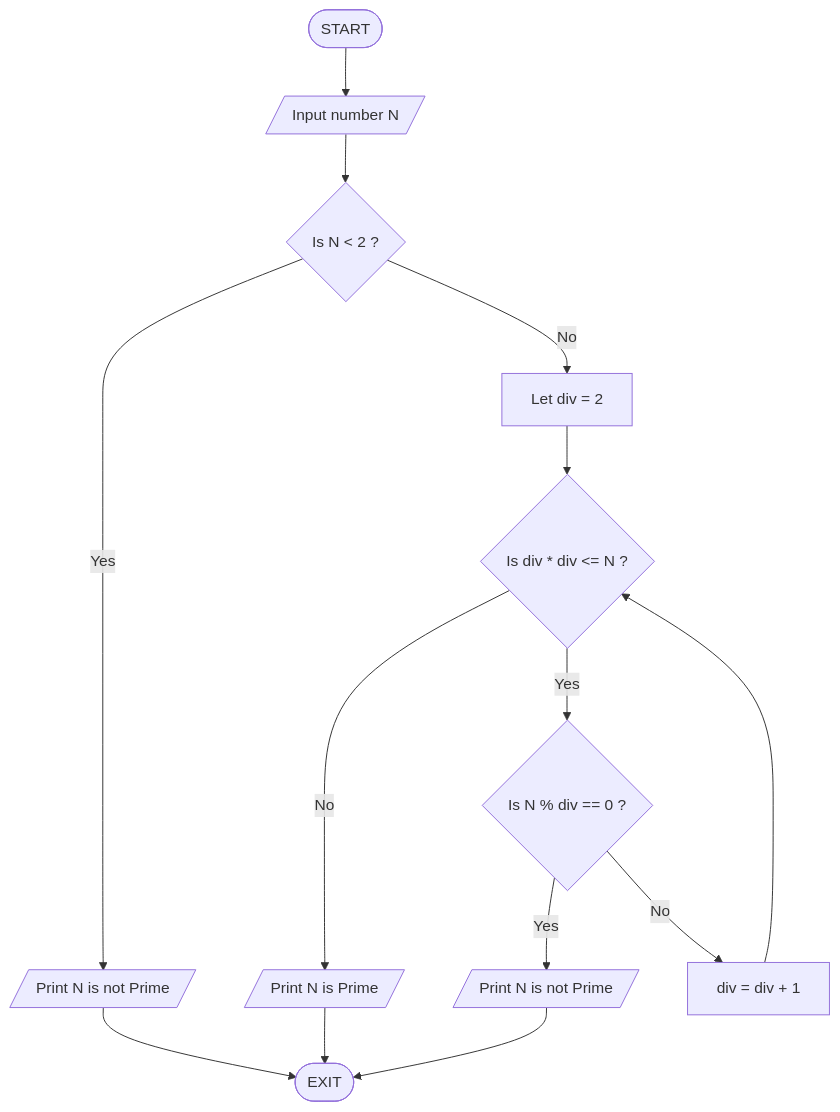
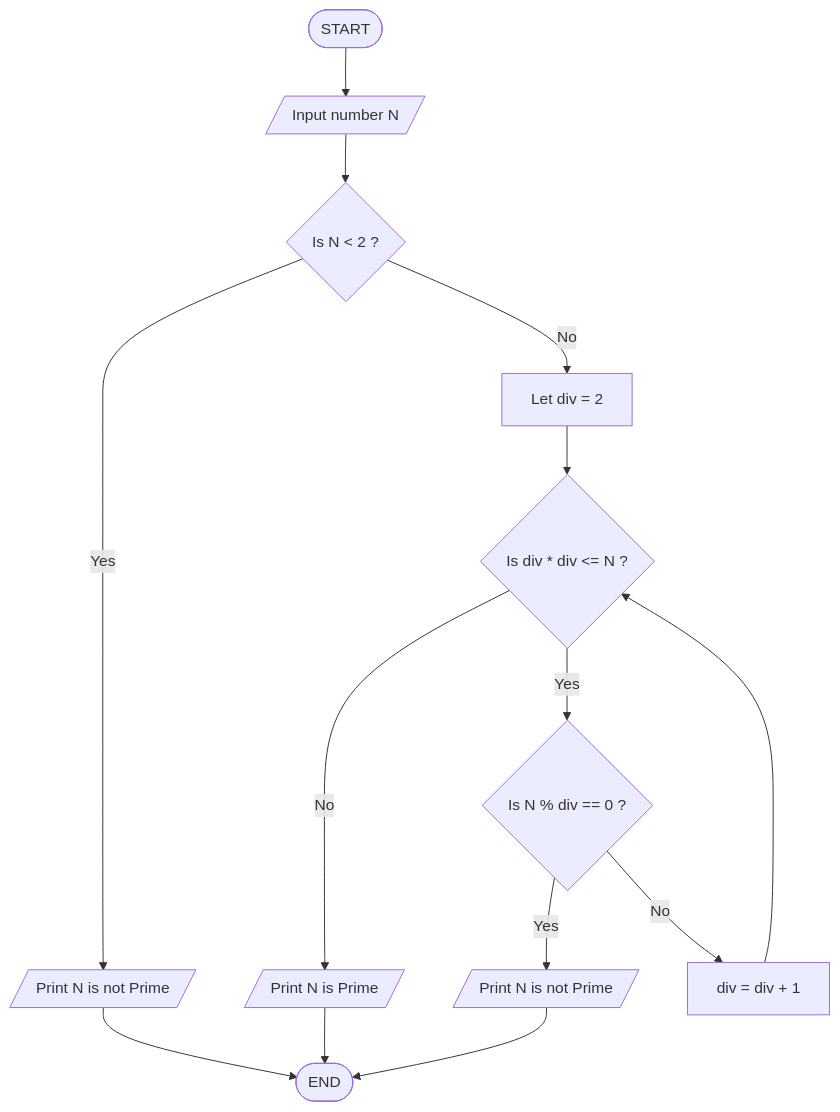
One commit to jayesh-shivlani/Java changed the fifth of 7 diagrams in FlowchartsAndPseudocodes/README.md. Above: the diagram before and after it, drawn with Mermaid. The commit also changed other lines of this file and 1 other file, not shown here.

Commit message:
Update README.md to replace 'Exit' with 'End' for consistency and clarity. Added Practice Questions for Flowcharts & Pseudocodes

````diff
--- a/FlowchartsAndPseudocodes/README.md
+++ b/FlowchartsAndPseudocodes/README.md
@@ -175,26 +175,26 @@
 ```mermaid
 graph TD
 
 A([START]) --> B[/Input number N/]
 B --> C{Is N < 2 ?}
 
 %% FIX 1: Create a dedicated 'Not Prime' box for the top check
 C -- Yes --> H1[/Print N is not Prime/]
 
 C -- No --> D[Let div = 2]
 D --> E{Is div * div <= N ?}
 
 E -- No --> F[/Print N is Prime/]
 E -- Yes --> G{Is N % div == 0 ?}
 
 %% FIX 2: Create a dedicated 'Not Prime' box for the loop check
 G -- Yes --> H2[/Print N is not Prime/]
 
 G -- No --> I[div = div + 1]
 I --> E
 
-%% Merge everything at the EXIT
-F --> J([EXIT])
+%% Merge everything at the END
+F --> J([END])
 H1 --> J
 H2 --> J
 ```
````
